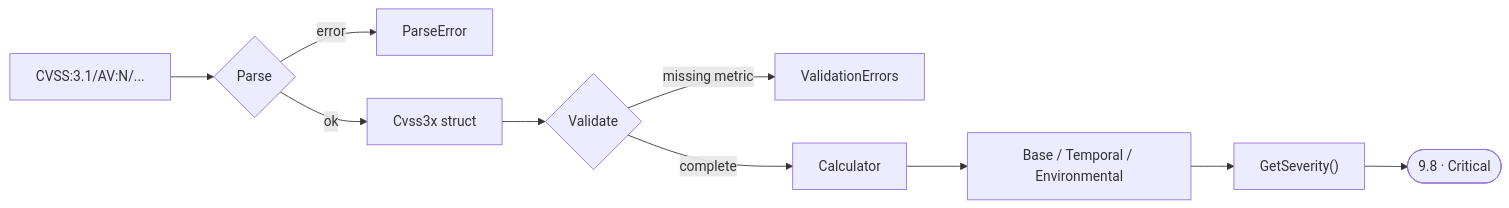
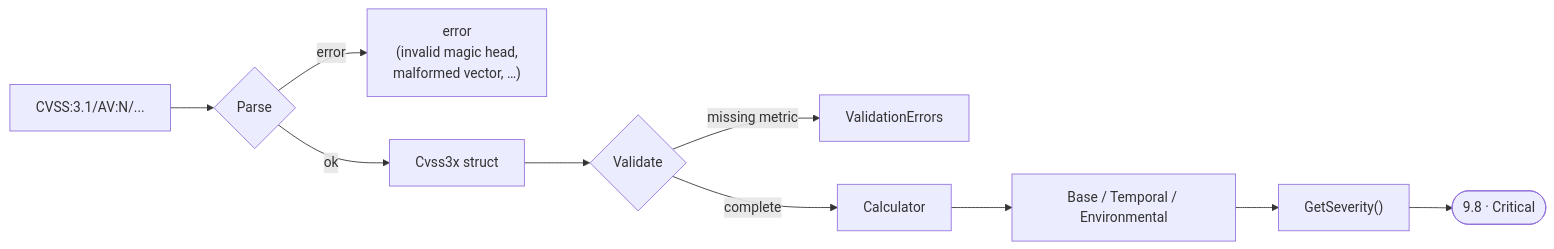
Before and after one commit to scagogogo/cvss-skills: the second of 3 diagrams in README.md, drawn with Mermaid. The commit also changed other lines of this file and 1 other file, not shown here.

Commit message:
docs: apply ParseError and slash-command fixes to READMEs too
The earlier fixes for the non-existent ParseError type and the
/cvss-parse slash-command misuse were applied to website/integration.md
and website/index.md but missed README.md and README_zh.md, which
still had the same two errors. Propagated both fixes:

- Scoring-pipeline mermaid: "ParseError" -> generic error node.
- Skills list: /cvss-parse slash syntax -> bare cvss-parse skill
  names with a note that each is a .claude/skills/ instruction file.

````diff
--- a/README.md
+++ b/README.md
@@ -78,12 +78,12 @@
 ```mermaid
 flowchart LR
     A["CVSS:3.1/AV:N/..."] --> B{Parse}
-    B -->|error| E1["ParseError"]
+    B -->|error| E1["error<br/>(invalid magic head,<br/>malformed vector, …)"]
     B -->|ok| C["Cvss3x struct"]
     C --> D{Validate}
     D -->|missing metric| E2["ValidationErrors"]
     D -->|complete| F["Calculator"]
     F --> G["Base / Temporal / Environmental"]
     G --> H["GetSeverity()"]
     H --> K(["9.8 · Critical"])
 ```
````
